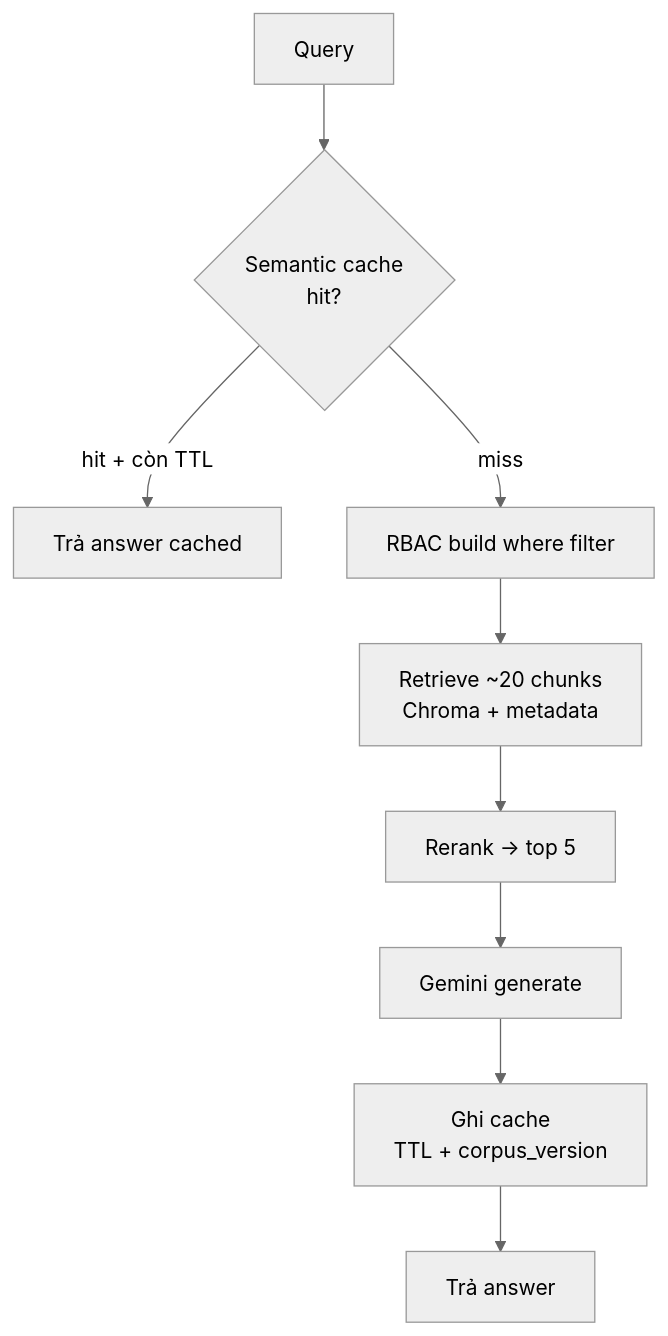
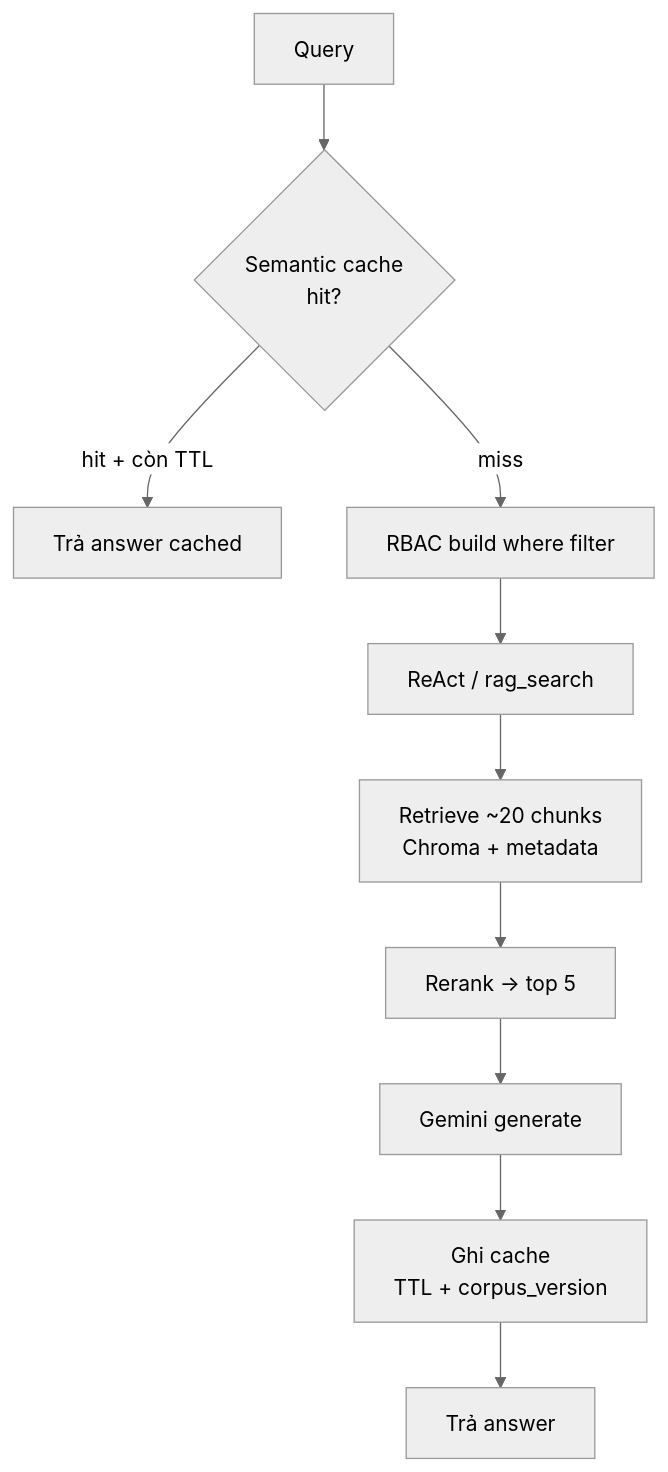
The sixth of 13 diagrams in docs/architecture.md (ducchungtx/advanced-rag-agent), drawn with Mermaid (neutral theme) before and after one commit. The commit also changed other lines of this file and 6 other files, not shown here.

````diff
--- a/docs/architecture.md
+++ b/docs/architecture.md
@@ -224,11 +257,12 @@
 ```mermaid
 flowchart TB
     Q[Query] --> SC{Semantic cache<br/>hit?}
     SC -->|hit + còn TTL| ANS[Trả answer cached]
     SC -->|miss| RBAC[RBAC build where filter]
-    RBAC --> RET[Retrieve ~20 chunks<br/>Chroma + metadata]
+    RBAC --> REACT[ReAct / rag_search]
+    REACT --> RET[Retrieve ~20 chunks<br/>Chroma + metadata]
     RET --> RR[Rerank → top 5]
     RR --> LLM[Gemini generate]
     LLM --> STORE[Ghi cache<br/>TTL + corpus_version]
     STORE --> ANS2[Trả answer]
 ```
````
